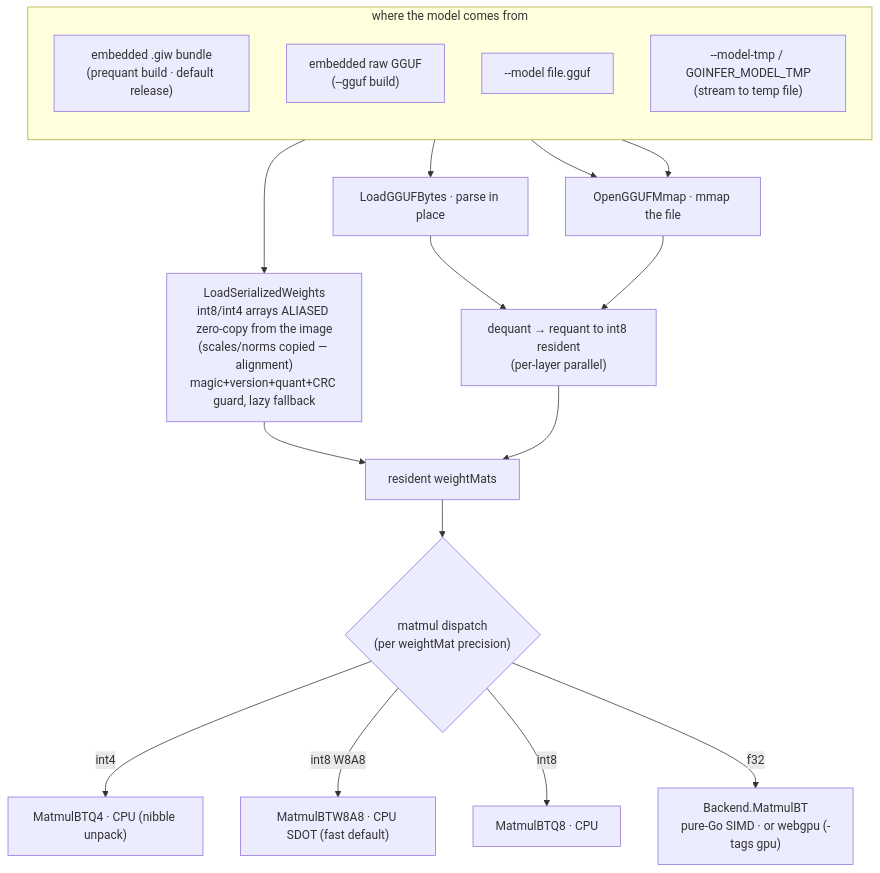
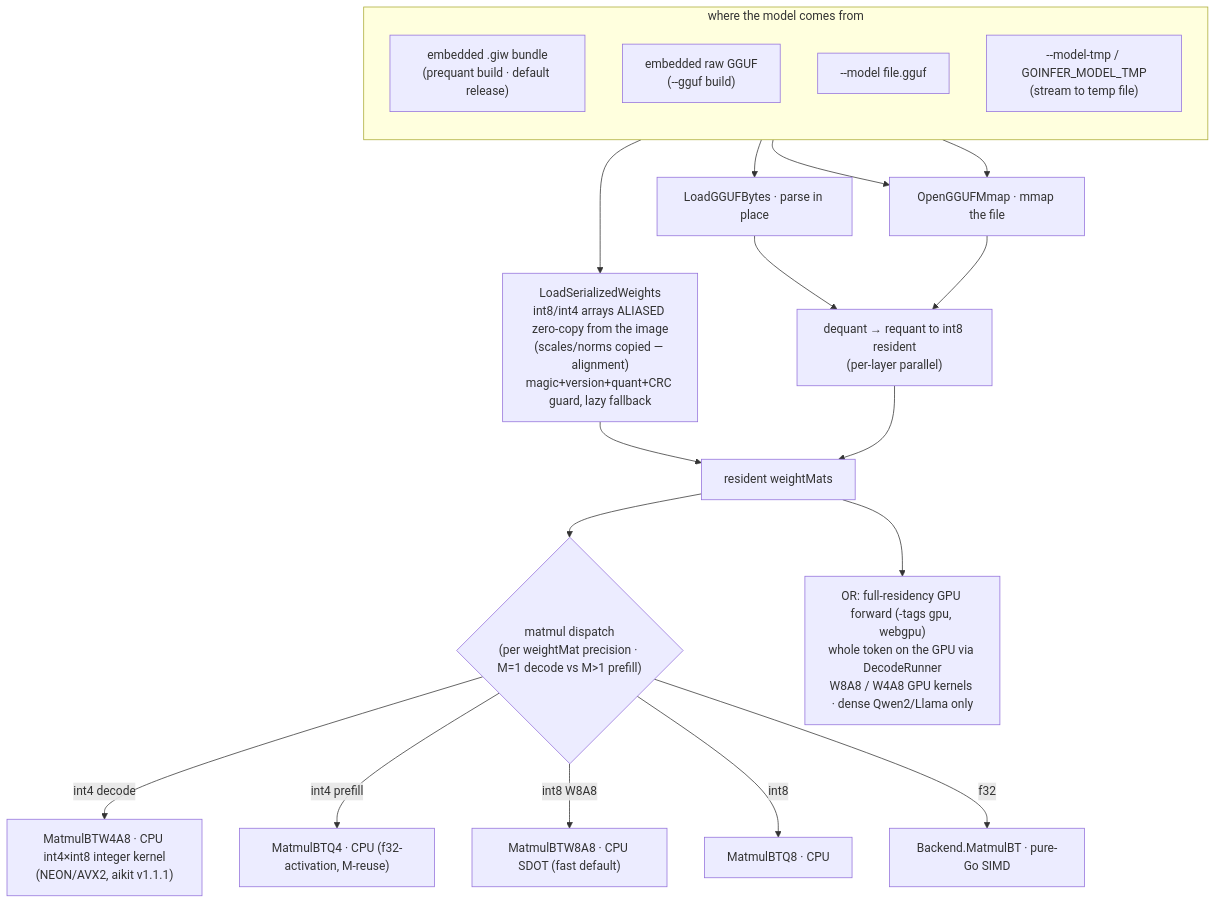
One commit to townsendmerino/goinfer changed the second of 3 diagrams in docs/ARCHITECTURE.md. Above: the diagram before and after it, drawn with Mermaid. The commit also changed other lines of this file, not shown here.

First line of the commit message:
docs(architecture): refresh for v0.4.0 — DeltaNet hybrid, GPU residency, int4 kernels

````diff
--- a/docs/ARCHITECTURE.md
+++ b/docs/ARCHITECTURE.md
@@ -57,26 +64,28 @@
 ```mermaid
 flowchart TB
   subgraph SRC["where the model comes from"]
     direction TB
     GIW["embedded .giw bundle<br/>(prequant build · default release)"]
     EGG["embedded raw GGUF<br/>(--gguf build)"]
     FILE["--model file.gguf"]
     TMP["--model-tmp / GOINFER_MODEL_TMP<br/>(stream to temp file)"]
   end
 
   GIW --> ALIAS["LoadSerializedWeights<br/>int8/int4 arrays ALIASED zero-copy from the image<br/>(scales/norms copied — alignment)<br/>magic+version+quant+CRC guard, lazy fallback"]
   EGG --> PARSE["LoadGGUFBytes · parse in place"]
   FILE --> MMAP["OpenGGUFMmap · mmap the file"]
   TMP --> MMAP
   PARSE --> REQ["dequant → requant to int8 resident<br/>(per-layer parallel)"]
   MMAP --> REQ
 
   ALIAS --> W["resident weightMats"]
   REQ --> W
 
-  W --> DISP{"matmul dispatch<br/>(per weightMat precision)"}
-  DISP -->|int4| K4["MatmulBTQ4 · CPU (nibble unpack)"]
+  W --> DISP{"matmul dispatch<br/>(per weightMat precision · M=1 decode vs M&gt;1 prefill)"}
+  DISP -->|int4 decode| K4D["MatmulBTW4A8 · CPU int4×int8 integer kernel<br/>(NEON/AVX2, aikit v1.1.1)"]
+  DISP -->|int4 prefill| K4["MatmulBTQ4 · CPU (f32-activation, M-reuse)"]
   DISP -->|int8 W8A8| K8["MatmulBTW8A8 · CPU SDOT (fast default)"]
   DISP -->|int8| KQ["MatmulBTQ8 · CPU"]
-  DISP -->|f32| BE["Backend.MatmulBT<br/>pure-Go SIMD · or webgpu (-tags gpu)"]
+  DISP -->|f32| BE["Backend.MatmulBT · pure-Go SIMD"]
+  W --> GPUR["OR: full-residency GPU forward (-tags gpu, webgpu)<br/>whole token on the GPU via DecodeRunner<br/>W8A8 / W4A8 GPU kernels · dense Qwen2/Llama only"]
 ```
````
